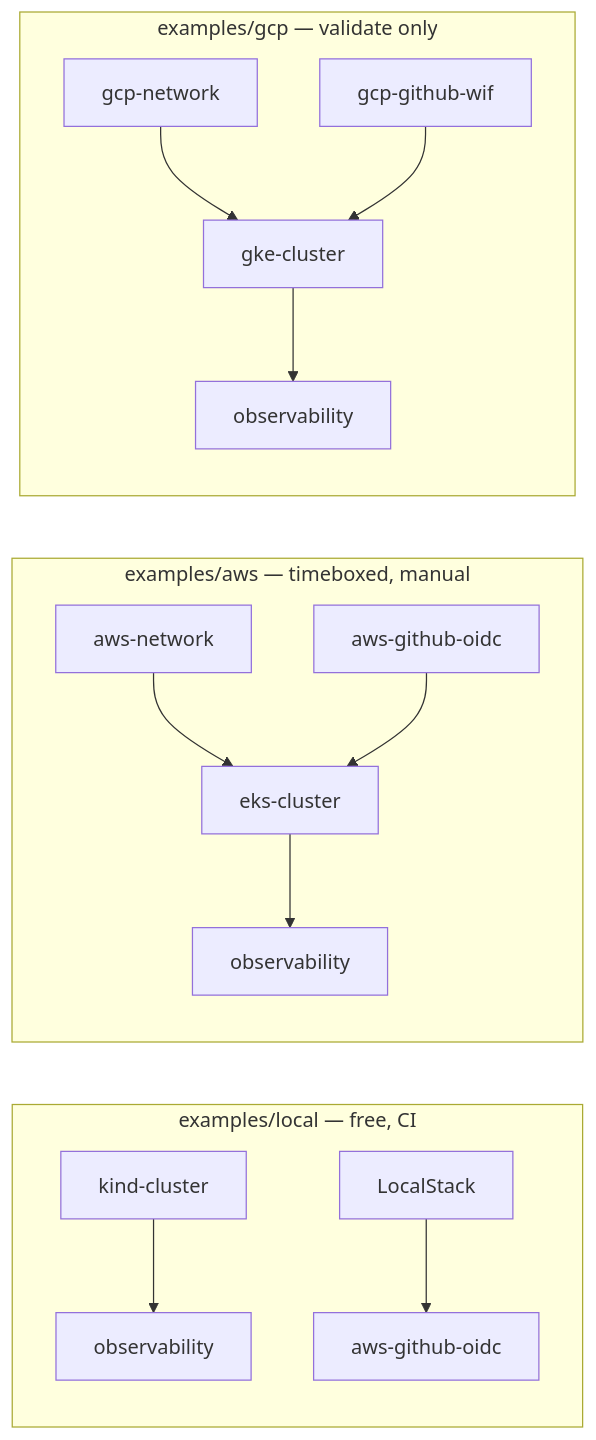
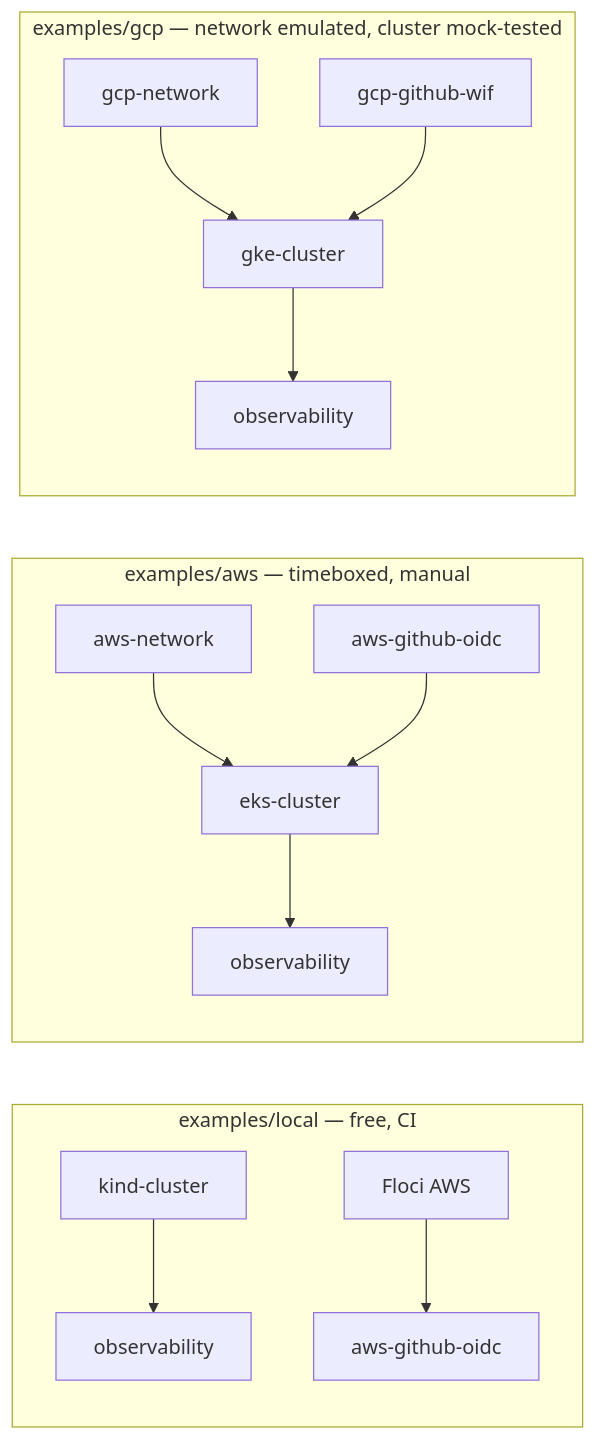
Before and after one commit to dhileepdev/platform-modules: the diagram in README.md, drawn with Mermaid. The commit also changed other lines of this file and 16 other files, not shown here.

First line of the commit message:
feat: use floci for local and emulated cloud runs

````diff
--- a/README.md
+++ b/README.md
@@ -22,19 +22,19 @@
 ```mermaid
 flowchart LR
   subgraph local["examples/local — free, CI"]
     LK[kind-cluster] --> LO[observability]
-    LS[LocalStack] --> LA[aws-github-oidc]
+    LF[Floci AWS] --> LA[aws-github-oidc]
   end
 
   subgraph aws["examples/aws — timeboxed, manual"]
     AN[aws-network] --> EK[eks-cluster]
     AO[aws-github-oidc] --> EK
     EK --> OBS[observability]
   end
 
-  subgraph gcp["examples/gcp — validate only"]
+  subgraph gcp["examples/gcp — network emulated, cluster mock-tested"]
     GN[gcp-network] --> GK[gke-cluster]
     GW[gcp-github-wif] --> GK
     GK --> OBS2[observability]
   end
 ```
````
